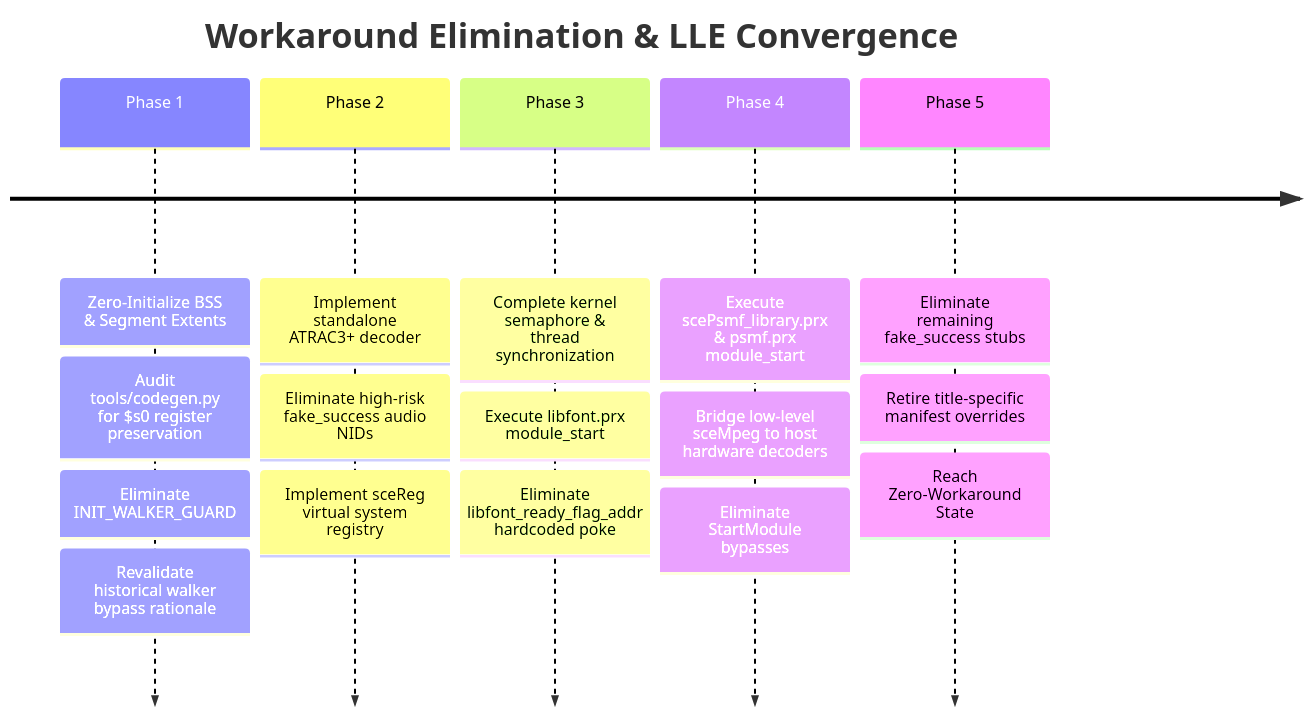
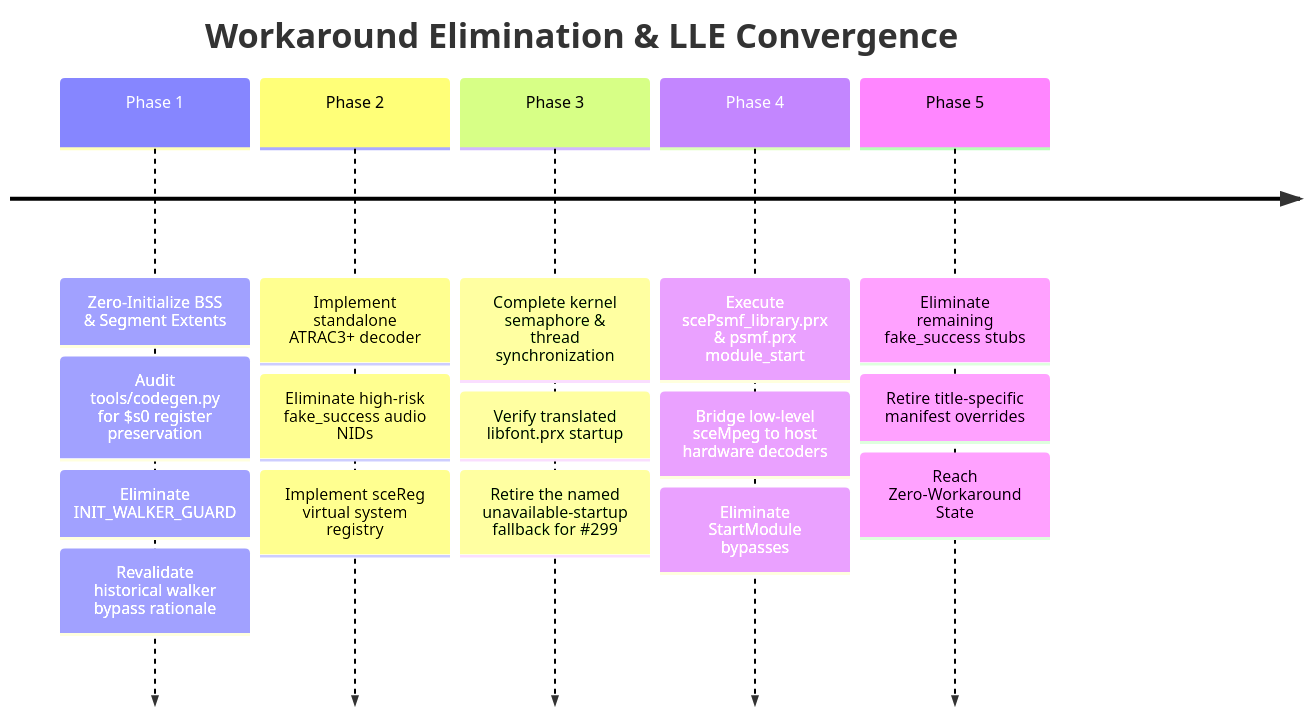
The diagram in docs/HLE_AND_WORKAROUND_INVENTORY.md (Jstar269/nakagawa-recomp), drawn with Mermaid before and after one commit. The commit also changed other lines of this file and 14 other files, not shown here.

First line of the commit message:
rt: run translated libfont startup before the readiness fallback (#299) (#652)

````diff
--- a/docs/HLE_AND_WORKAROUND_INVENTORY.md
+++ b/docs/HLE_AND_WORKAROUND_INVENTORY.md
@@ -322,9 +322,9 @@
 ```mermaid
 timeline
     title Workaround Elimination & LLE Convergence
     Phase 1 : Zero-Initialize BSS & Segment Extents : Audit tools/codegen.py for $s0 register preservation : Eliminate INIT_WALKER_GUARD : Revalidate historical walker bypass rationale
     Phase 2 : Implement standalone ATRAC3+ decoder : Eliminate high-risk fake_success audio NIDs : Implement sceReg virtual system registry
-    Phase 3 : Complete kernel semaphore & thread synchronization : Execute libfont.prx module_start : Eliminate libfont_ready_flag_addr hardcoded poke
+    Phase 3 : Complete kernel semaphore & thread synchronization : Verify translated libfont.prx startup : Retire the named unavailable-startup fallback for #299
     Phase 4 : Execute scePsmf_library.prx & psmf.prx module_start : Bridge low-level sceMpeg to host hardware decoders : Eliminate StartModule bypasses
     Phase 5 : Eliminate remaining fake_success stubs : Retire title-specific manifest overrides : Reach Zero-Workaround State
 ```
````
